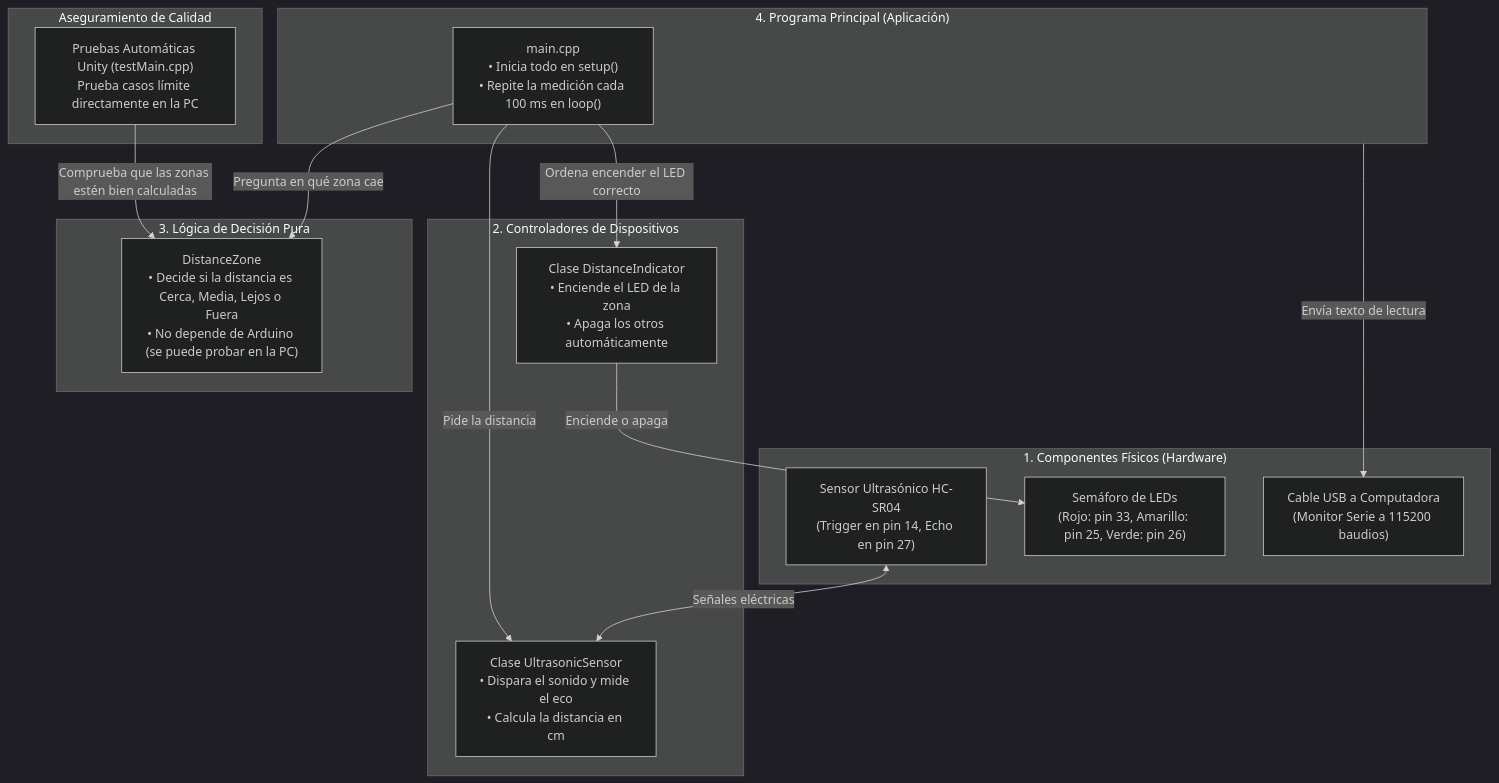
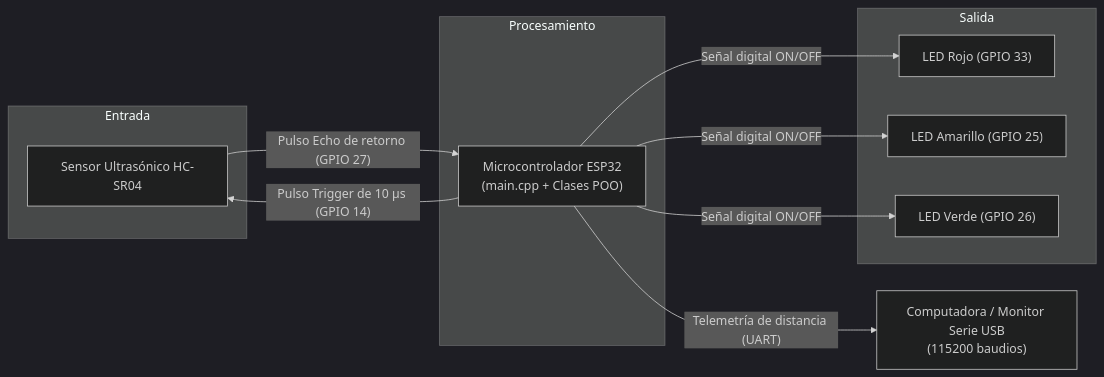
The first of 5 diagrams in INFORME_TECNICO.md (mjlozada2003/UltrasonicSensorLeds2), drawn with Mermaid (dark theme) before and after one commit. The commit also changed other lines of this file and 11 other files, not shown here.

````diff
--- a/INFORME_TECNICO.md
+++ b/INFORME_TECNICO.md
@@ -77,35 +74,22 @@
 ```mermaid
-flowchart TD
-    subgraph HARDWARE["1. Componentes Físicos (Hardware)"]
-        HC["Sensor Ultrasónico HC-SR04\n(Trigger en pin 14, Echo en pin 27)"]
-        LEDS["Semáforo de LEDs\n(Rojo: pin 33, Amarillo: pin 25, Verde: pin 26)"]
-        UART["Cable USB a Computadora\n(Monitor Serie a 115200 baudios)"]
+flowchart LR
+    subgraph Entrada
+        S["Sensor Ultrasónico HC-SR04"]
     end
+    subgraph Procesamiento
+        MCU["Microcontrolador ESP32\n(main.cpp + Clases POO)"]
+    end
+    subgraph Salida
+        L1["LED Rojo (GPIO 33)"]
+        L2["LED Amarillo (GPIO 25)"]
+        L3["LED Verde (GPIO 26)"]
+    end
+    PC["Computadora / Monitor Serie USB\n(115200 baudios)"]
 
-    subgraph DRIVERS["2. Controladores de Dispositivos"]
-        US_CLASS["Clase UltrasonicSensor\n• Dispara el sonido y mide el eco\n• Calcula la distancia en cm"]
-        LED_CLASS["Clase DistanceIndicator\n• Enciende el LED de la zona\n• Apaga los otros automáticamente"]
-    end
-
-    subgraph CORE["3. Lógica de Decisión Pura"]
-        LOGIC["DistanceZone\n• Decide si la distancia es Cerca, Media, Lejos o Fuera\n• No depende de Arduino (se puede probar en la PC)"]
-    end
-
-    subgraph APP["4. Programa Principal (Aplicación)"]
-        MAIN["main.cpp\n• Inicia todo en setup()\n• Repite la medición cada 100 ms en loop()"]
-    end
-
-    subgraph QUALITY["Aseguramiento de Calidad"]
-        TESTS["Pruebas Automáticas Unity (testMain.cpp)\nPrueba casos límite directamente en la PC"]
-    end
-
-    HC <-->|Señales eléctricas| US_CLASS
-    LED_CLASS -->|Enciende o apaga| LEDS
-    APP -->|Envía texto de lectura| UART
-
-    MAIN -->|Pide la distancia| US_CLASS
-    MAIN -->|Pregunta en qué zona cae| LOGIC
-    MAIN -->|Ordena encender el LED correcto| LED_CLASS
-
-    TESTS -->|Comprueba que las zonas estén bien calculadas| LOGIC
+    MCU -->|"Pulso Trigger de 10 µs (GPIO 14)"| S
+    S -->|"Pulso Echo de retorno (GPIO 27)"| MCU
+    MCU -->|"Señal digital ON/OFF"| L1
+    MCU -->|"Señal digital ON/OFF"| L2
+    MCU -->|"Señal digital ON/OFF"| L3
+    MCU -->|"Telemetría de distancia (UART)"| PC
 ```
````
